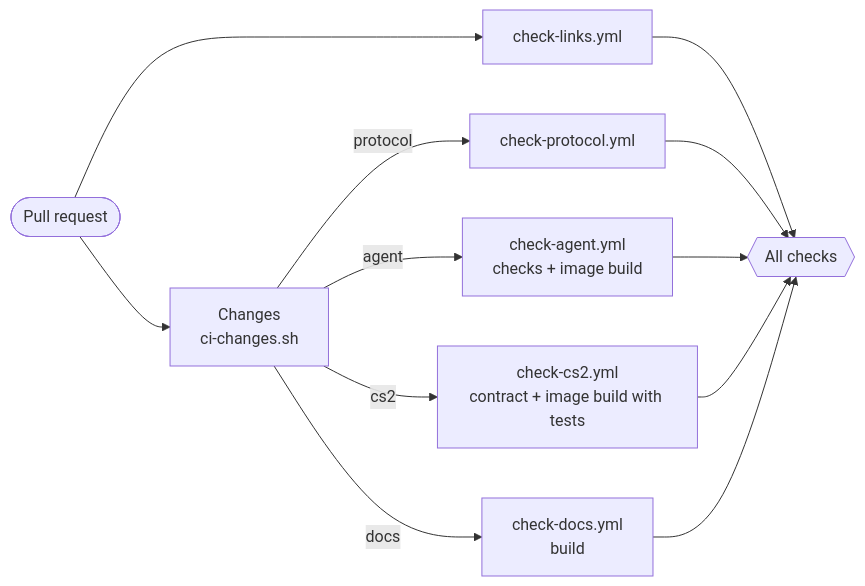
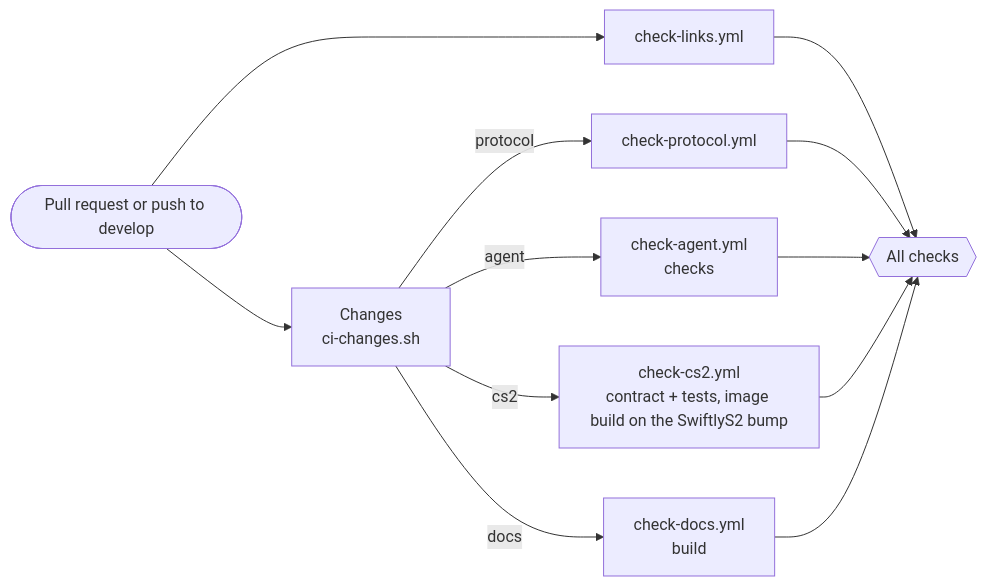
One commit to ankorcs/ankor changed the first of 5 diagrams in .github/workflows/README.md. Above: the diagram before and after it, drawn with Mermaid. The commit also changed other lines of this file and 3 other files, not shown here.

First line of the commit message:
(chore) CI checks pushes to develop without image builds, and only master deploys the docs

````diff
--- a/.github/workflows/README.md
+++ b/.github/workflows/README.md
@@ -29,14 +33,14 @@
 ```mermaid
 flowchart LR
-  pr([Pull request]) --> changes[Changes<br/>ci-changes.sh]
+  pr([Pull request or push to develop]) --> changes[Changes<br/>ci-changes.sh]
   pr --> links[check-links.yml]
   changes -- protocol --> protocol[check-protocol.yml]
-  changes -- agent --> agent["check-agent.yml<br/>checks + image build"]
-  changes -- cs2 --> cs2["check-cs2.yml<br/>contract + image build with tests"]
+  changes -- agent --> agent["check-agent.yml<br/>checks"]
+  changes -- cs2 --> cs2["check-cs2.yml<br/>contract + tests, image build on the SwiftlyS2 bump"]
   changes -- docs --> docs["check-docs.yml<br/>build"]
   links --> all{{All checks}}
   protocol --> all
   agent --> all
   cs2 --> all
   docs --> all
 ```
````
